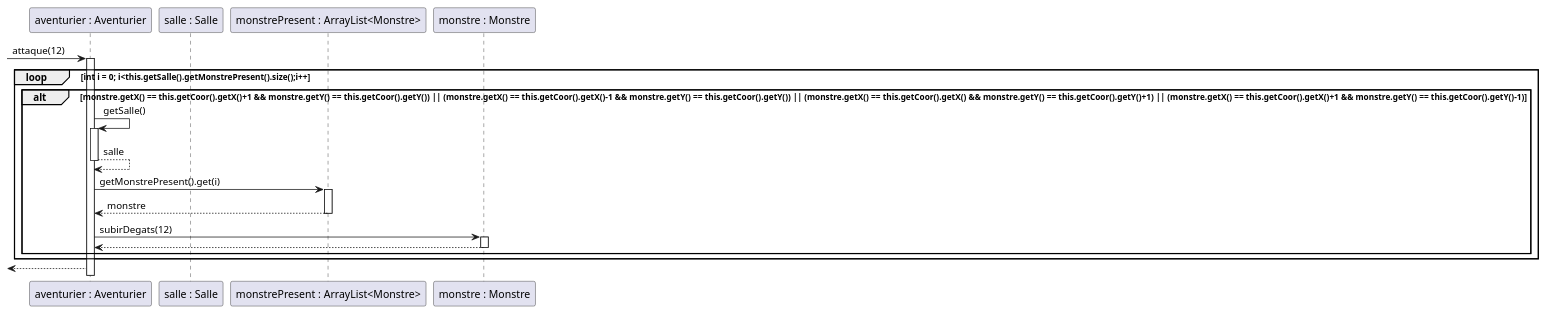
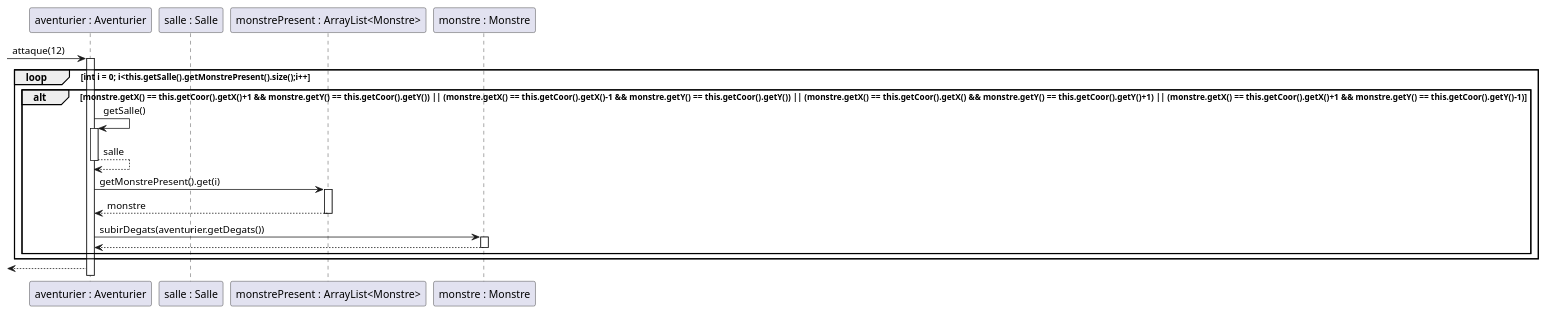
The diagram in projet_zeldiablo/sequence_aventurier_attaque.puml (GeoffroyMuller/2018_COO_Zeldiablo), drawn with PlantUML before and after one commit. The commit also changed 12 other files, not shown here.

Commit message:
Ajout diagramme + nouveau type de monstre + modif desattaque

```diff
--- a/projet_zeldiablo/sequence_aventurier_attaque.puml
+++ b/projet_zeldiablo/sequence_aventurier_attaque.puml
@@ -1,27 +1,27 @@
 @startuml
 Participant "aventurier : Aventurier" as a
 Participant "salle : Salle" as s
 Participant "monstrePresent : ArrayList<Monstre>" as listM
 Participant "monstre : Monstre" as m
 
 ->a : attaque(12)
 loop int i = 0; i<this.getSalle().getMonstrePresent().size();i++
 alt monstre.getX() == this.getCoor().getX()+1 && monstre.getY() == this.getCoor().getY()) || (monstre.getX() == this.getCoor().getX()-1 && monstre.getY() == this.getCoor().getY()) || (monstre.getX() == this.getCoor().getX() && monstre.getY() == this.getCoor().getY()+1) || (monstre.getX() == this.getCoor().getX()+1 && monstre.getY() == this.getCoor().getY()-1)
 activate a
 a->a : getSalle()
 activate a
 a-->a : salle
 deactivate a
 a->listM : getMonstrePresent().get(i)
 activate listM
 listM-->a: monstre
 deactivate listM
-a->m : subirDegats(12)
+a->m : subirDegats(aventurier.getDegats())
 activate m
 m-->a
 deactivate m
 
 end
 end
 <--a
 @enduml
```
